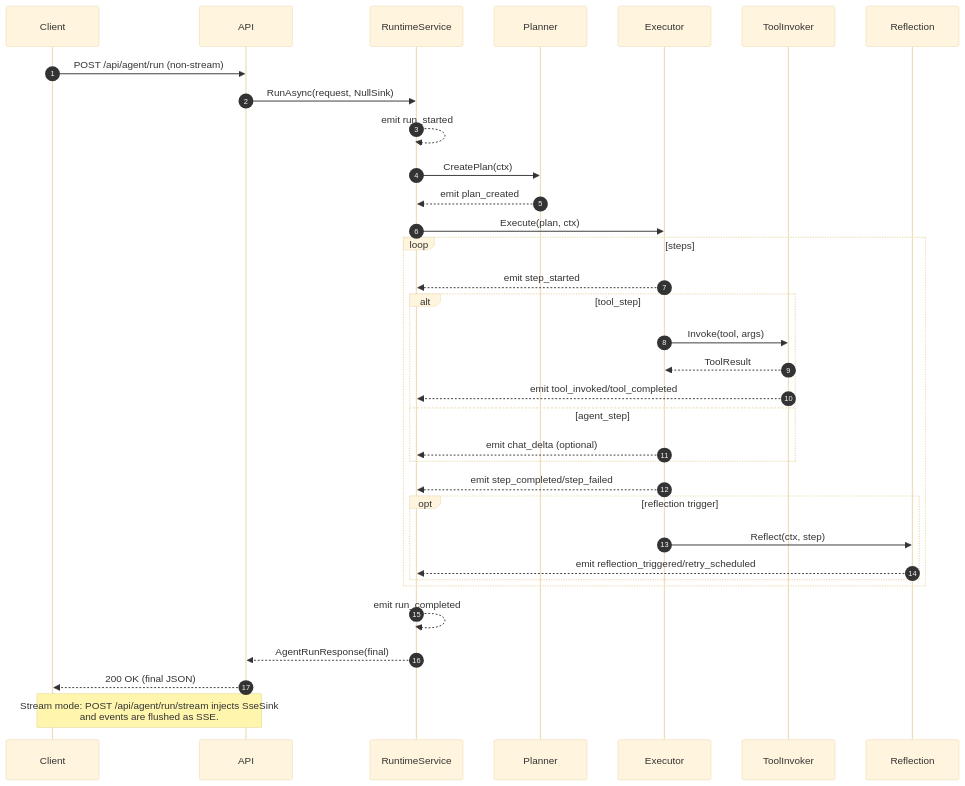
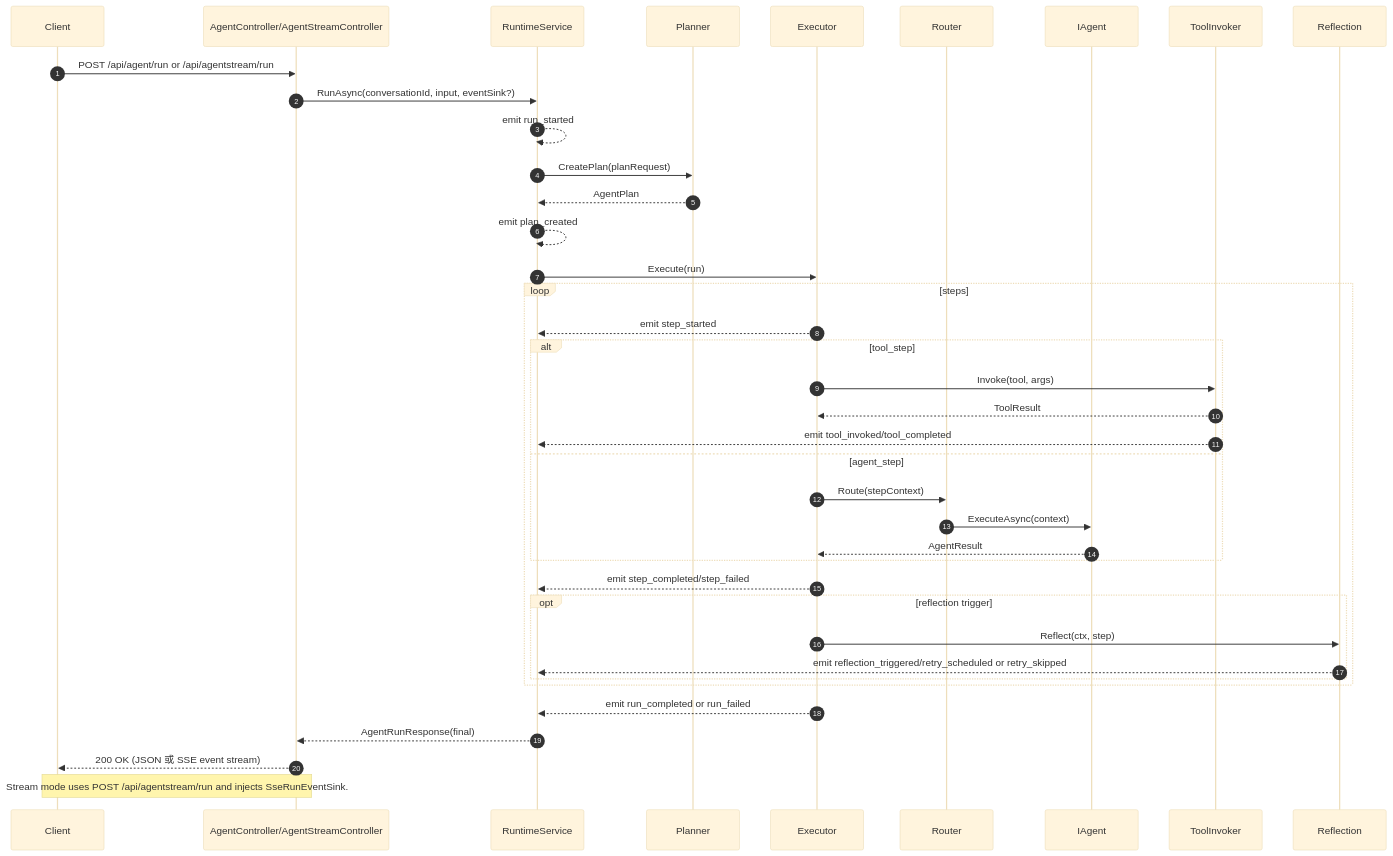
The diagram in Docs/diagrams/runtime-sequence.mmd (Cao-A-Ben/SkAgentSolution), drawn with Mermaid (base theme) before and after one commit. The commit also changed 99 other files, not shown here.

```diff
--- a/Docs/diagrams/runtime-sequence.mmd
+++ b/Docs/diagrams/runtime-sequence.mmd
@@ -1,38 +1,43 @@
 sequenceDiagram
     autonumber
     participant Client
-    participant API
+    participant API as AgentController/AgentStreamController
     participant Runtime as RuntimeService
     participant Planner
     participant Exec as Executor
+    participant Router
+    participant Agent as IAgent
     participant Tools as ToolInvoker
     participant Reflect as Reflection
 
-    Client->>API: POST /api/agent/run (non-stream)
-    API->>Runtime: RunAsync(request, NullSink)
+    Client->>API: POST /api/agent/run or /api/agentstream/run
+    API->>Runtime: RunAsync(conversationId, input, eventSink?)
     Runtime-->>Runtime: emit run_started
-    Runtime->>Planner: CreatePlan(ctx)
-    Planner-->>Runtime: emit plan_created
-    Runtime->>Exec: Execute(plan, ctx)
+    Runtime->>Planner: CreatePlan(planRequest)
+    Planner-->>Runtime: AgentPlan
+    Runtime-->>Runtime: emit plan_created
+    Runtime->>Exec: Execute(run)
 
     loop steps
         Exec-->>Runtime: emit step_started
         alt tool_step
             Exec->>Tools: Invoke(tool, args)
             Tools-->>Exec: ToolResult
             Tools-->>Runtime: emit tool_invoked/tool_completed
         else agent_step
-            Exec-->>Runtime: emit chat_delta (optional)
+            Exec->>Router: Route(stepContext)
+            Router->>Agent: ExecuteAsync(context)
+            Agent-->>Exec: AgentResult
         end
         Exec-->>Runtime: emit step_completed/step_failed
         opt reflection trigger
             Exec->>Reflect: Reflect(ctx, step)
-            Reflect-->>Runtime: emit reflection_triggered/retry_scheduled
+            Reflect-->>Runtime: emit reflection_triggered/retry_scheduled or retry_skipped
         end
     end
 
-    Runtime-->>Runtime: emit run_completed
+    Exec-->>Runtime: emit run_completed or run_failed
     Runtime-->>API: AgentRunResponse(final)
-    API-->>Client: 200 OK (final JSON)
+    API-->>Client: 200 OK (JSON 或 SSE event stream)
 
-    Note over Client,API: Stream mode: POST /api/agent/run/stream injects SseSink<br/>and events are flushed as SSE.
+    Note over Client,API: Stream mode uses POST /api/agentstream/run and injects SseRunEventSink.
```
